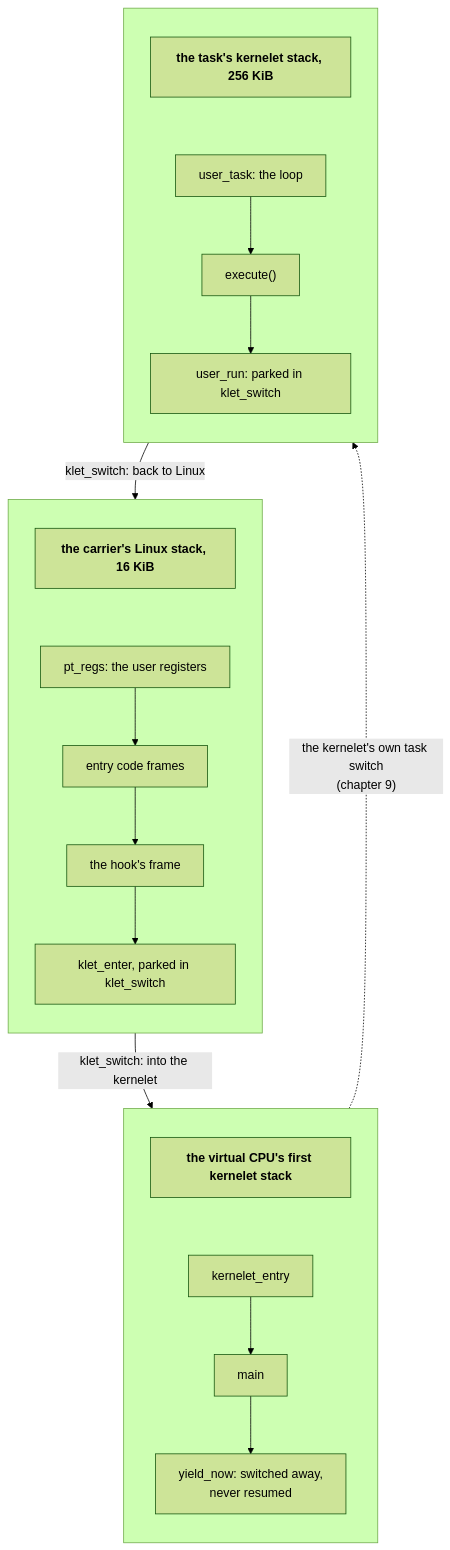
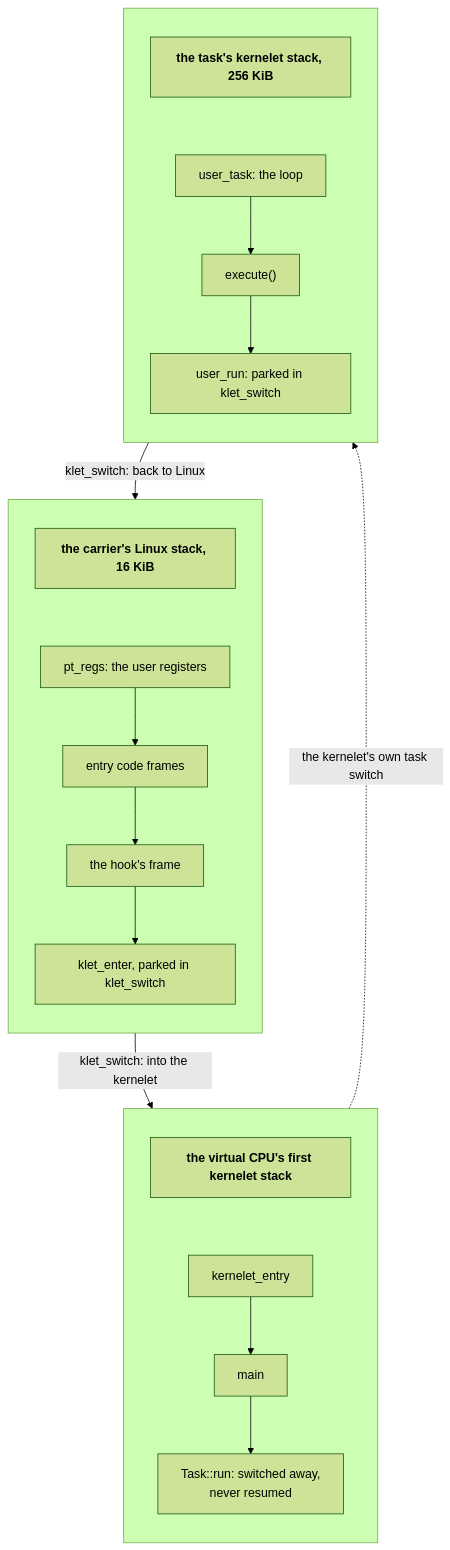
Before and after one commit to Plucky923/kernelet: the diagram in src/two-stacks.md, drawn with Mermaid (forest theme). The commit also changed other lines of this file and 15 other files, not shown here.

````diff
--- a/src/two-stacks.md
+++ b/src/two-stacks.md
@@ -17,18 +17,18 @@
 ```mermaid
 flowchart TB
     subgraph L[" "]
         direction TB
         l0["<b>the carrier's Linux stack, 16 KiB</b>"] ~~~ l1["pt_regs: the user registers"] --> l2["entry code frames"] --> l3["the hook's frame"] --> l4["klet_enter, parked in klet_switch"]
     end
     subgraph B[" "]
         direction TB
-        b0["<b>the virtual CPU's first kernelet stack</b>"] ~~~ b1["kernelet_entry"] --> b2["main"] --> b3["yield_now: switched away,<br/>never resumed"]
+        b0["<b>the virtual CPU's first kernelet stack</b>"] ~~~ b1["kernelet_entry"] --> b2["main"] --> b3["Task::run: switched away,<br/>never resumed"]
     end
     subgraph K[" "]
         direction TB
         k0["<b>the task's kernelet stack, 256 KiB</b>"] ~~~ k1["user_task: the loop"] --> k2["execute()"] --> k3["user_run: parked in klet_switch"]
     end
     L -- "klet_switch: into the kernelet" --> B
-    B -. "the kernelet's own task switch<br/>(chapter 9)" .-> K
+    B -. "the kernelet's own task switch" .-> K
     K -- "klet_switch: back to Linux" --> L
 ```
````
